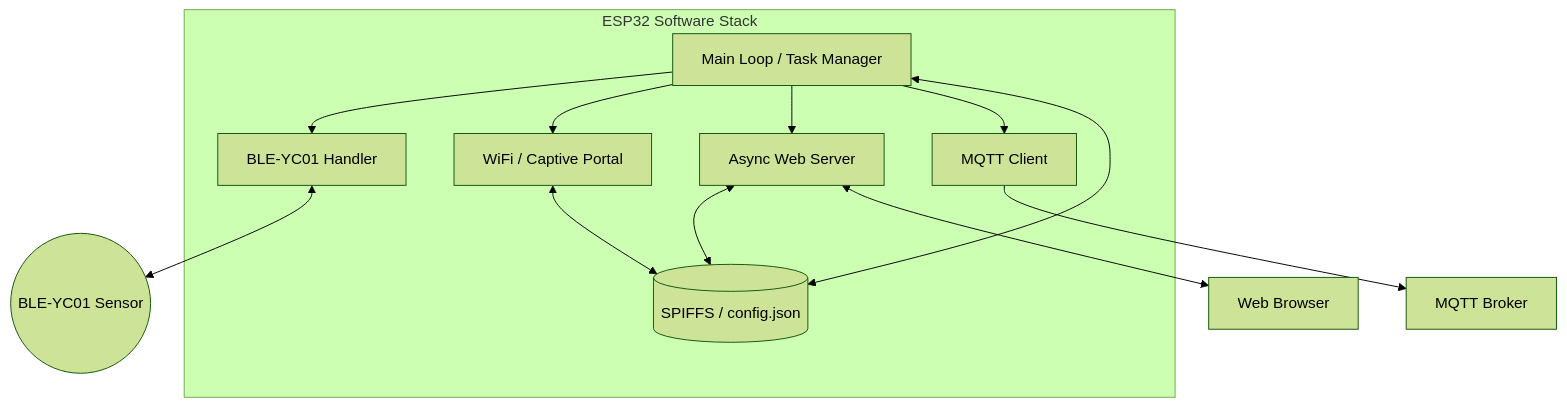
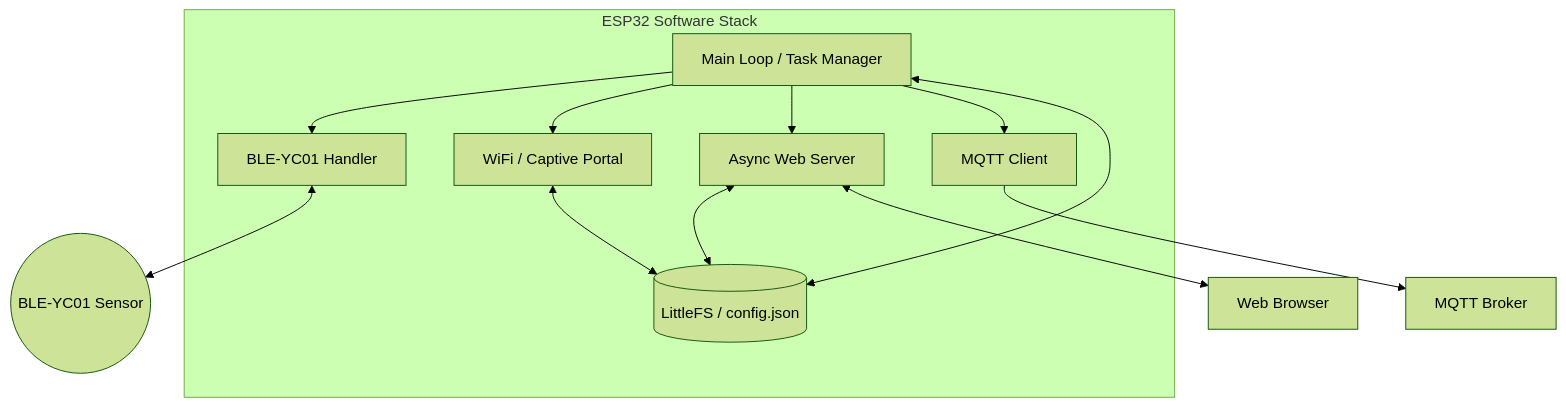
One commit to the-real-orca/Pool-Sensor-BLE-YC01 changed the diagram in docs/Functional Specification - Pool Sensor BLE-YC01.md. Above: the diagram before and after it, drawn with Mermaid (forest theme). The commit also changed other lines of this file and 7 other files, not shown here.

First line of the commit message:
refactor: Migrate filesystem from SPIFFS to LittleFS

````diff
--- a/docs/Functional Specification - Pool Sensor BLE-YC01.md
+++ b/docs/Functional Specification - Pool Sensor BLE-YC01.md
@@ -24,28 +24,28 @@
 ```mermaid
 graph TD
     subgraph "ESP32 Software Stack"
         Main[Main Loop / Task Manager]
         BLE[BLE-YC01 Handler]
         WiFi[WiFi / Captive Portal]
         Web[Async Web Server]
         MQTT[MQTT Client]
-        FS[(SPIFFS / config.json)]
+        FS[(LittleFS / config.json)]
     end
 
     Sensor((BLE-YC01 Sensor))
     Broker[MQTT Broker]
     User[Web Browser]
 
     Main --> BLE
     Main --> WiFi
     Main --> Web
     Main --> MQTT
     
     BLE <--> Sensor
     Web <--> FS
     Web <--> User
     MQTT --> Broker
     
     Main <--> FS
     WiFi <--> FS
 ```
````
